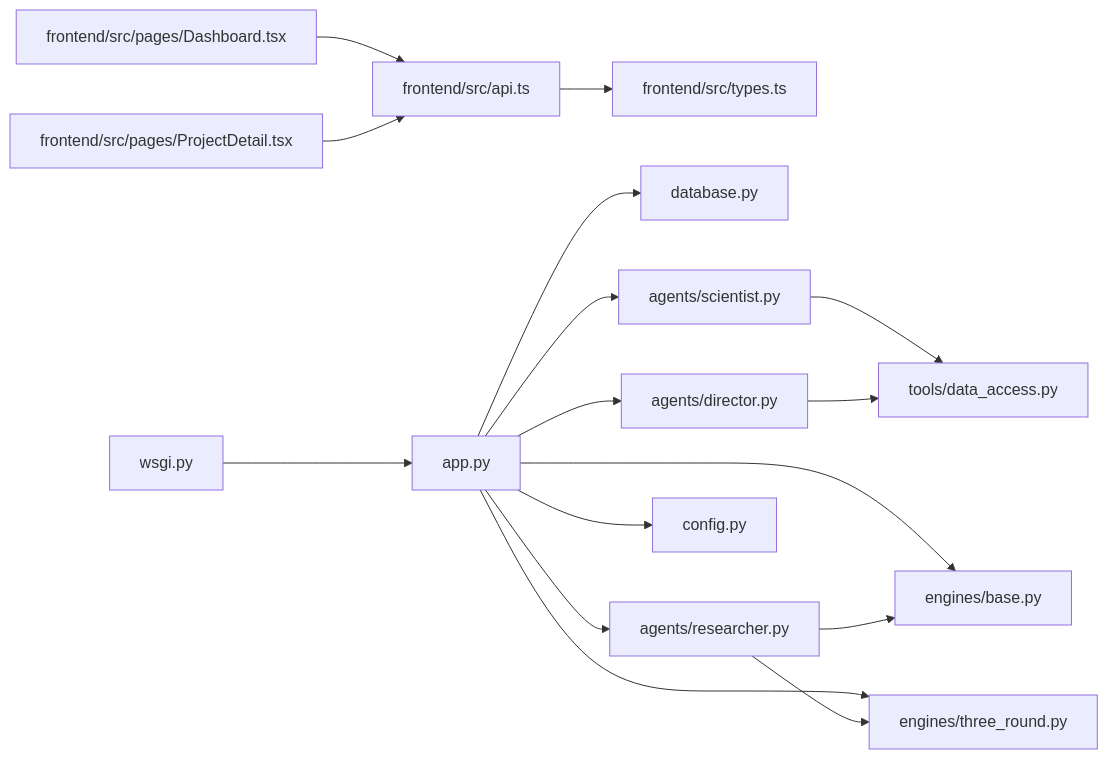
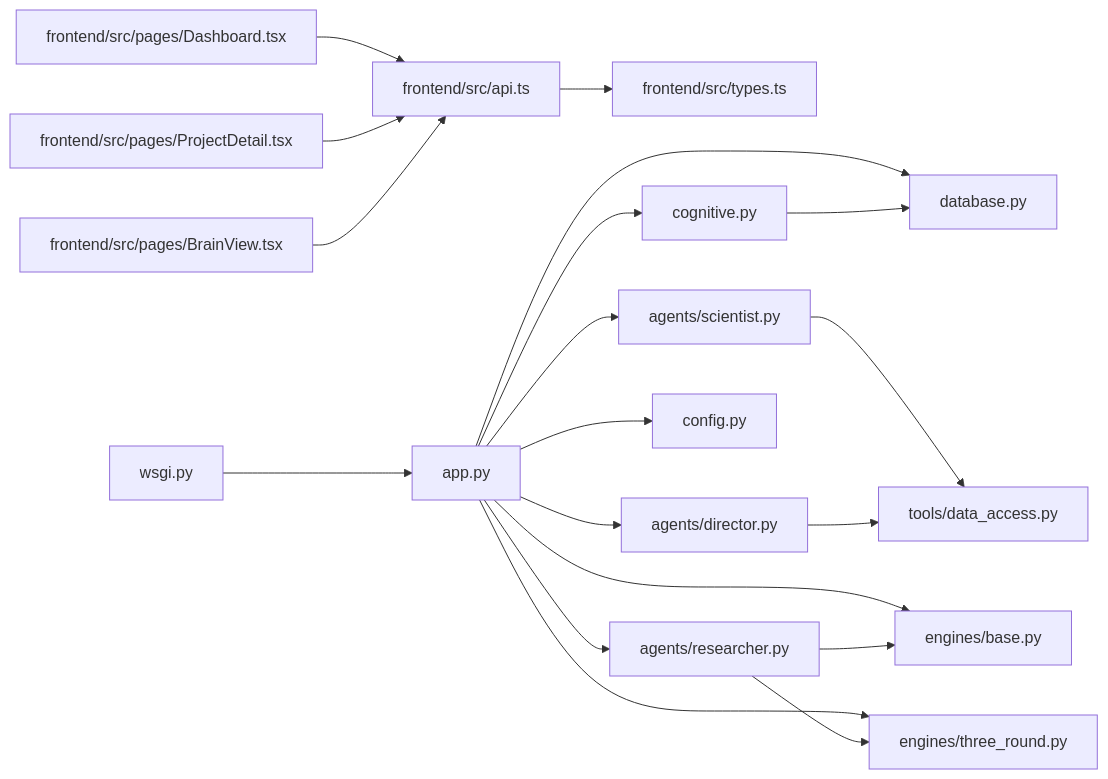
One commit to GDY-ai/ainstein changed the sixth of 6 diagrams in .qoder/repowiki/zh/content/前端应用/API集成.md. Above: the diagram before and after it, drawn with Mermaid. The commit also changed other lines of this file and 47 other files, not shown here.

````diff
--- a/.qoder/repowiki/zh/content/前端应用/API集成.md
+++ b/.qoder/repowiki/zh/content/前端应用/API集成.md
@@ -338,18 +453,21 @@
 ```mermaid
 graph LR
 FE_API["frontend/src/api.ts"] --> FE_TYPES["frontend/src/types.ts"]
 FE_DASH["frontend/src/pages/Dashboard.tsx"] --> FE_API
 FE_DETAIL["frontend/src/pages/ProjectDetail.tsx"] --> FE_API
+FE_BRAIN["frontend/src/pages/BrainView.tsx"] --> FE_API
 APP["app.py"] --> DB["database.py"]
 APP --> AG_SCI["agents/scientist.py"]
 APP --> AG_DIR["agents/director.py"]
 APP --> AG_RES["agents/researcher.py"]
 APP --> ENG_BASE["engines/base.py"]
 APP --> ENG_THREE["engines/three_round.py"]
 APP --> CFG["config.py"]
+APP --> COG["cognitive.py"]
 WSGI["wsgi.py"] --> APP
 AG_SCI --> TOOLS["tools/data_access.py"]
 AG_DIR --> TOOLS
 AG_RES --> ENG_BASE
 AG_RES --> ENG_THREE
+COG --> DB
 ```
````
